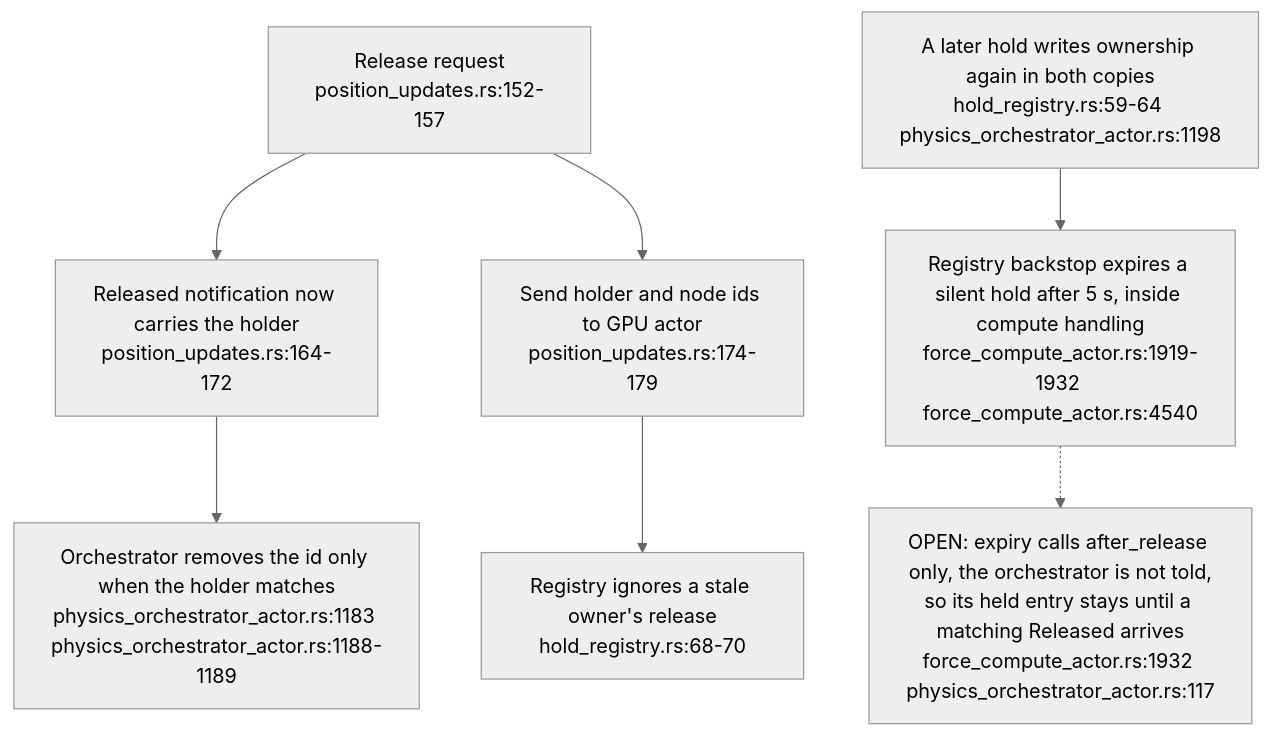
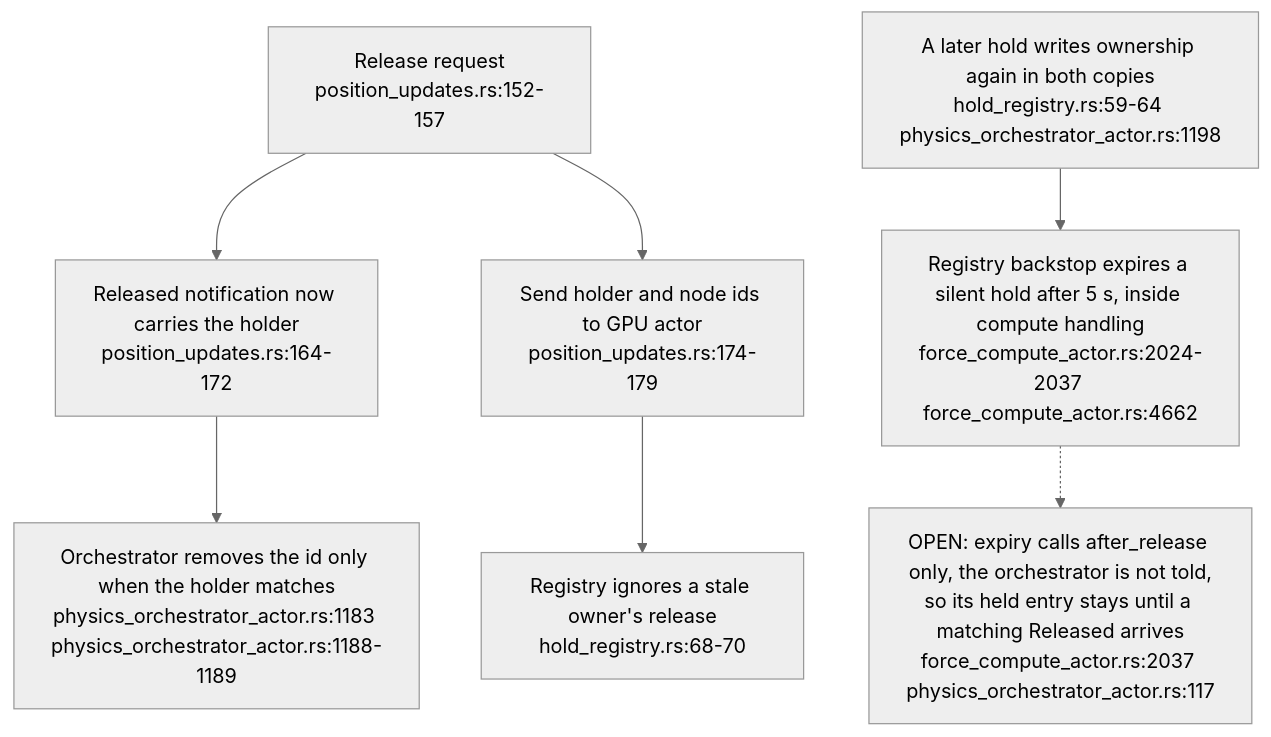
The second of 7 diagrams in docs/diagrams/visionclaw/52-drag-holds-and-observation-gates.md (DreamLab-AI/VisionFlow), drawn with Mermaid (neutral theme) before and after one commit. The commit also changed other lines of this file and 81 other files, not shown here.

First line of the commit message:
docs(diagrams): roll VisionClaw topics to main 010e1109b (PR 37 and 38 merged); fix remaining prose citations

````diff
--- a/docs/diagrams/visionclaw/52-drag-holds-and-observation-gates.md
+++ b/docs/diagrams/visionclaw/52-drag-holds-and-observation-gates.md
@@ -56,9 +56,9 @@
 ```mermaid
 flowchart TD
     END["Release request<br/>position_updates.rs:152-157"] --> NOTIFY["Released notification now carries the holder<br/>position_updates.rs:164-172"]
     NOTIFY --> ORCH["Orchestrator removes the id only when the holder matches<br/>physics_orchestrator_actor.rs:1183 physics_orchestrator_actor.rs:1188-1189"]
     END --> GPU["Send holder and node ids to GPU actor<br/>position_updates.rs:174-179"]
     GPU --> OWNER["Registry ignores a stale owner's release<br/>hold_registry.rs:68-70"]
-    LATE["A later hold writes ownership again in both copies<br/>hold_registry.rs:59-64 physics_orchestrator_actor.rs:1198"] --> EXPIRE["Registry backstop expires a silent hold after 5 s, inside compute handling<br/>force_compute_actor.rs:1919-1932 force_compute_actor.rs:4540"]
-    EXPIRE -.-> GAP["OPEN: expiry calls after_release only, the orchestrator is not told,<br/>so its held entry stays until a matching Released arrives<br/>force_compute_actor.rs:1932 physics_orchestrator_actor.rs:117"]
+    LATE["A later hold writes ownership again in both copies<br/>hold_registry.rs:59-64 physics_orchestrator_actor.rs:1198"] --> EXPIRE["Registry backstop expires a silent hold after 5 s, inside compute handling<br/>force_compute_actor.rs:2024-2037 force_compute_actor.rs:4662"]
+    EXPIRE -.-> GAP["OPEN: expiry calls after_release only, the orchestrator is not told,<br/>so its held entry stays until a matching Released arrives<br/>force_compute_actor.rs:2037 physics_orchestrator_actor.rs:117"]
 ```
````
